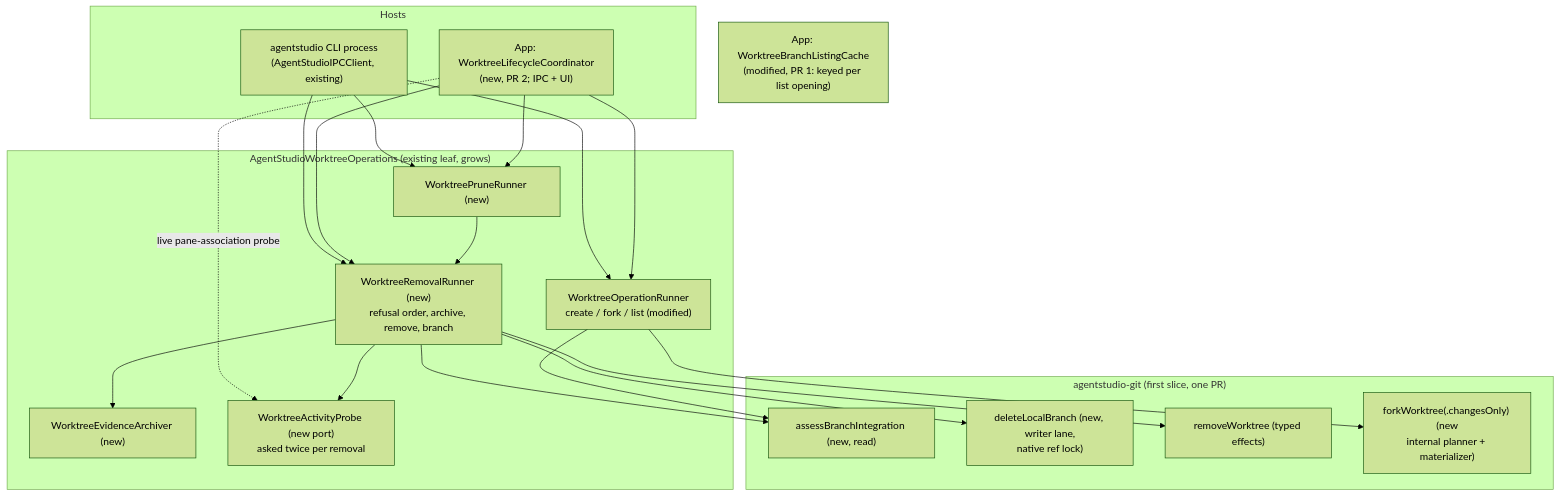
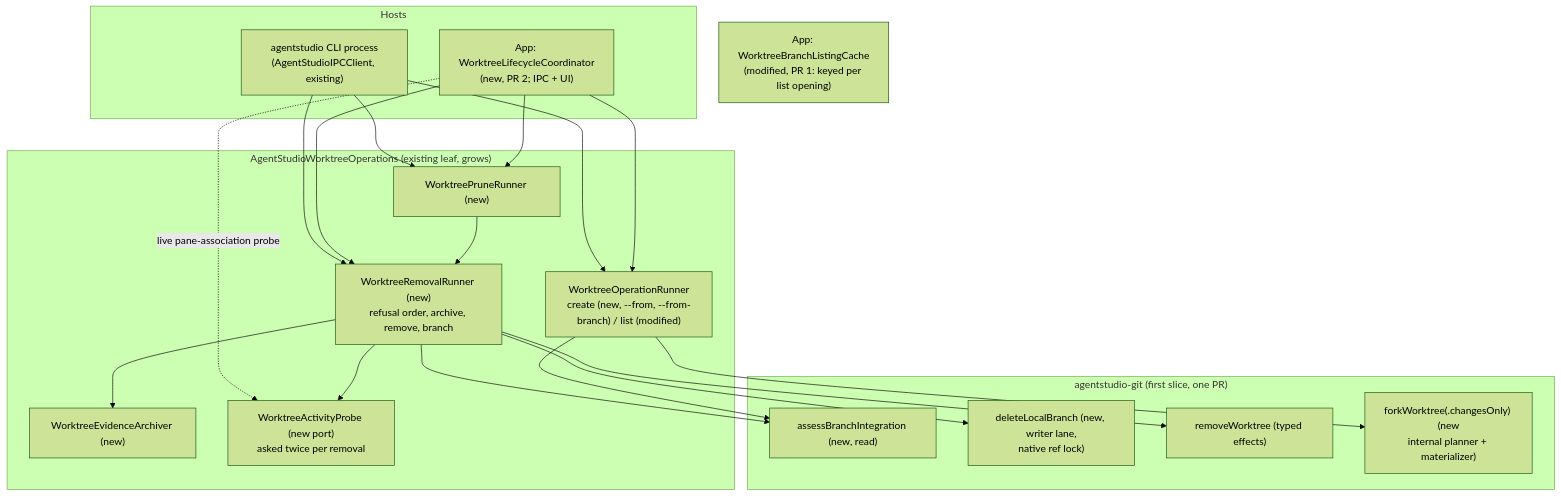
The first of 9 diagrams in docs/specs/2026-09-30-worktree-lifecycle/2026-09-30-worktree-lifecycle-program-design.md (getagentstudio/agentstudio), drawn with Mermaid (forest theme) before and after one commit. The commit also changed other lines of this file and 2 other files, not shown here.

Commit message:
Bring the lifecycle design and guide in line with forks as they are and --from-branch alone

````diff
--- a/docs/specs/2026-09-30-worktree-lifecycle/2026-09-30-worktree-lifecycle-program-design.md
+++ b/docs/specs/2026-09-30-worktree-lifecycle/2026-09-30-worktree-lifecycle-program-design.md
@@ -33,27 +33,27 @@
 ```mermaid
 flowchart TB
   subgraph Hosts
     CLI["agentstudio CLI process<br/>(AgentStudioIPCClient, existing)"]
     APPX["App: WorktreeLifecycleCoordinator<br/>(new, PR 2; IPC + UI)"]
   end
   subgraph Leaf["AgentStudioWorktreeOperations (existing leaf, grows)"]
-    RUN["WorktreeOperationRunner<br/>create / fork / list (modified)"]
+    RUN["WorktreeOperationRunner<br/>create (new, --from, --from-branch) / list (modified)"]
     REM["WorktreeRemovalRunner (new)<br/>refusal order, archive, remove, branch"]
     PRU["WorktreePruneRunner (new)"]
     ARC["WorktreeEvidenceArchiver (new)"]
     ACT["WorktreeActivityProbe (new port)<br/>asked twice per removal"]
   end
   subgraph SDK["agentstudio-git (first slice, one PR)"]
     INT["assessBranchIntegration (new, read)"]
     DEL["deleteLocalBranch (new, writer lane,<br/>native ref lock)"]
     RMV["removeWorktree (typed effects)"]
     FRK["forkWorktree(.changesOnly) (new<br/>internal planner + materializer)"]
   end
   CLI --> RUN & REM & PRU
   APPX --> RUN & REM & PRU
   APPX -. "live pane-association probe" .-> ACT
   REM --> ARC & ACT & INT & RMV & DEL
   PRU --> REM
   RUN --> INT & FRK
   BL["App: WorktreeBranchListingCache<br/>(modified, PR 1: keyed per list opening)"]
 ```
````
